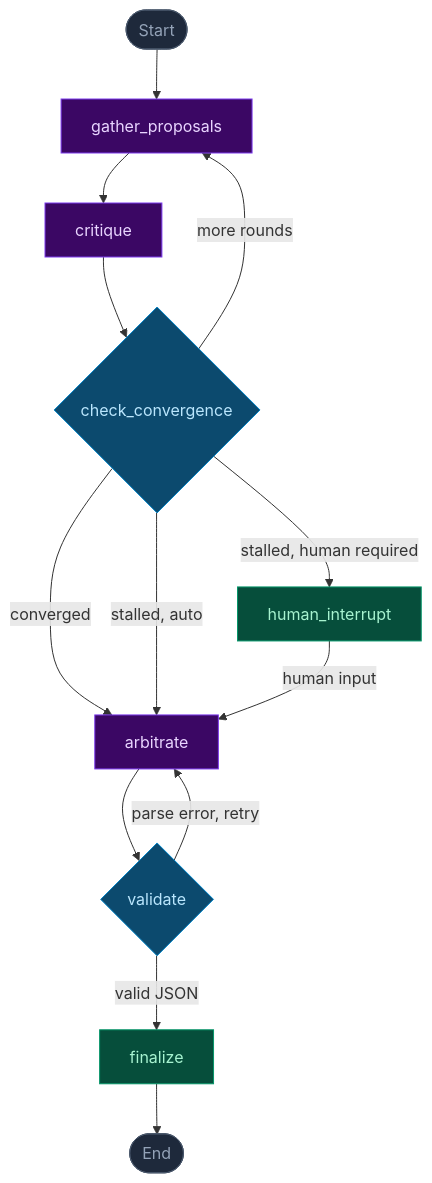
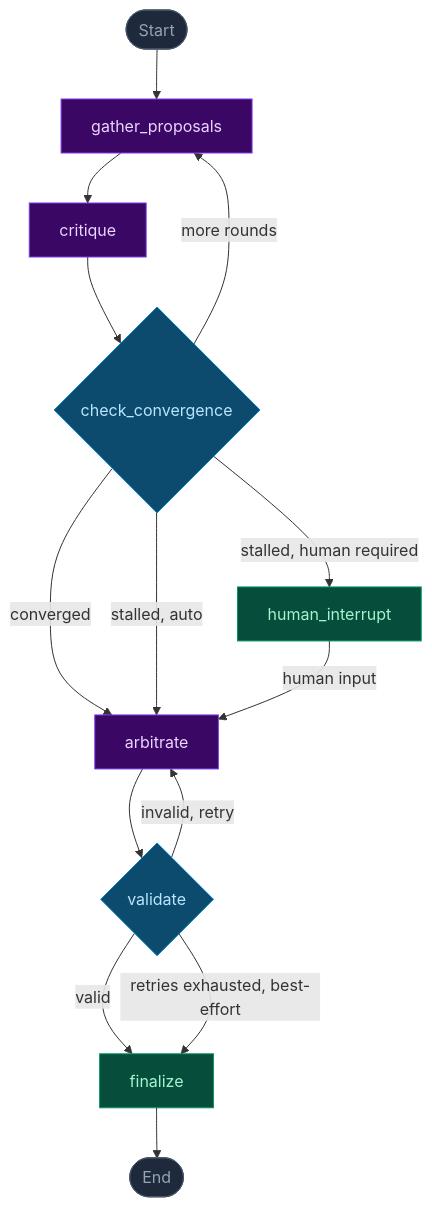
The diagram in docs/langgraph-workflow.md (Zoeyyhc/weekforge), drawn with Mermaid before and after one commit. The commit also changed other lines of this file, not shown here.

Commit message:
docs: reconcile langgraph-workflow with retry cap + semantic validation + degraded fallback

````diff
--- a/docs/langgraph-workflow.md
+++ b/docs/langgraph-workflow.md
@@ -5,32 +5,33 @@
 ```mermaid
 flowchart TD
     A([Start]) --> B
     B[gather_proposals] --> C
     C[critique] --> D
     D{check_convergence}
     E[human_interrupt]
     F[arbitrate]
     G{validate}
     H[finalize]
     Z([End])
 
     D -->|converged| F
     D -->|more rounds| B
     D -->|stalled, human required| E
     D -->|stalled, auto| F
     E -->|human input| F
     F --> G
-    G -->|valid JSON| H
-    G -->|parse error, retry| F
+    G -->|valid| H
+    G -->|invalid, retry| F
+    G -->|retries exhausted, best-effort| H
     H --> Z
 
     classDef crewai fill:#3b0764,stroke:#7c3aed,color:#e9d5ff
     classDef haiku  fill:#0c4a6e,stroke:#0284c7,color:#bae6fd
     classDef infra  fill:#064e3b,stroke:#059669,color:#a7f3d0
     classDef entry  fill:#1e293b,stroke:#475569,color:#94a3b8
 
     class B,C,F crewai
     class D,G haiku
     class E,H infra
     class A,Z entry
 ```
````
